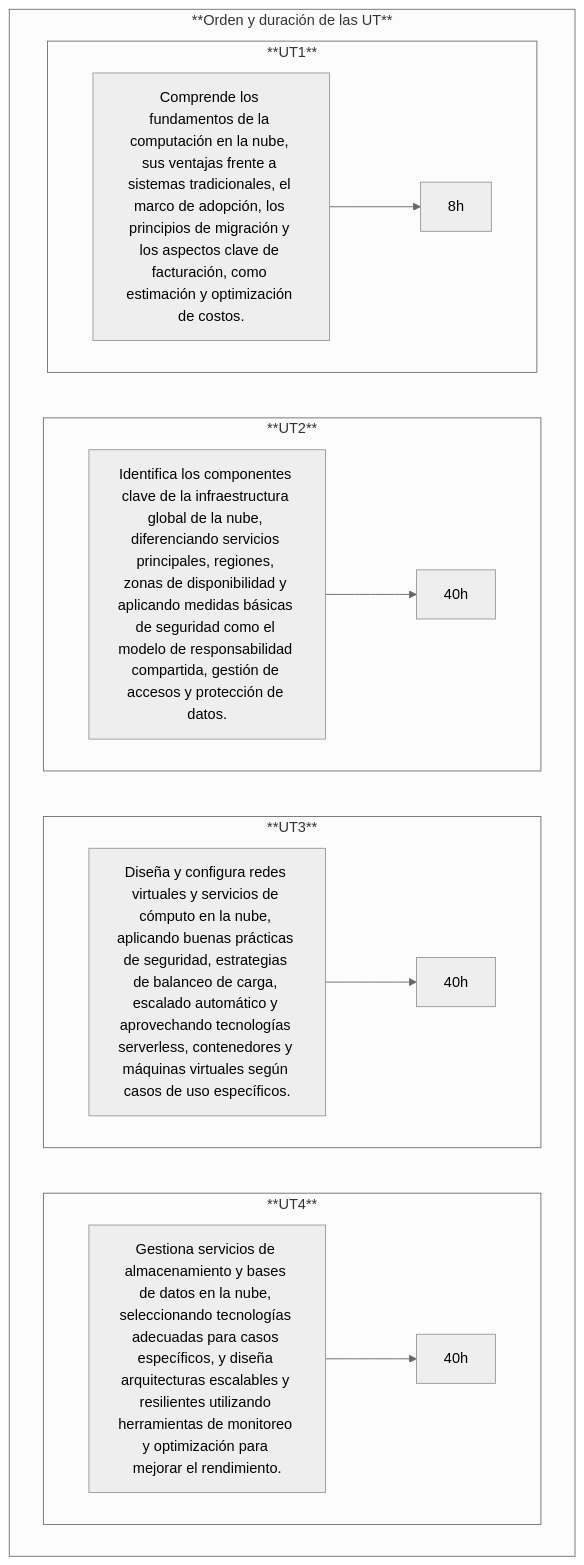
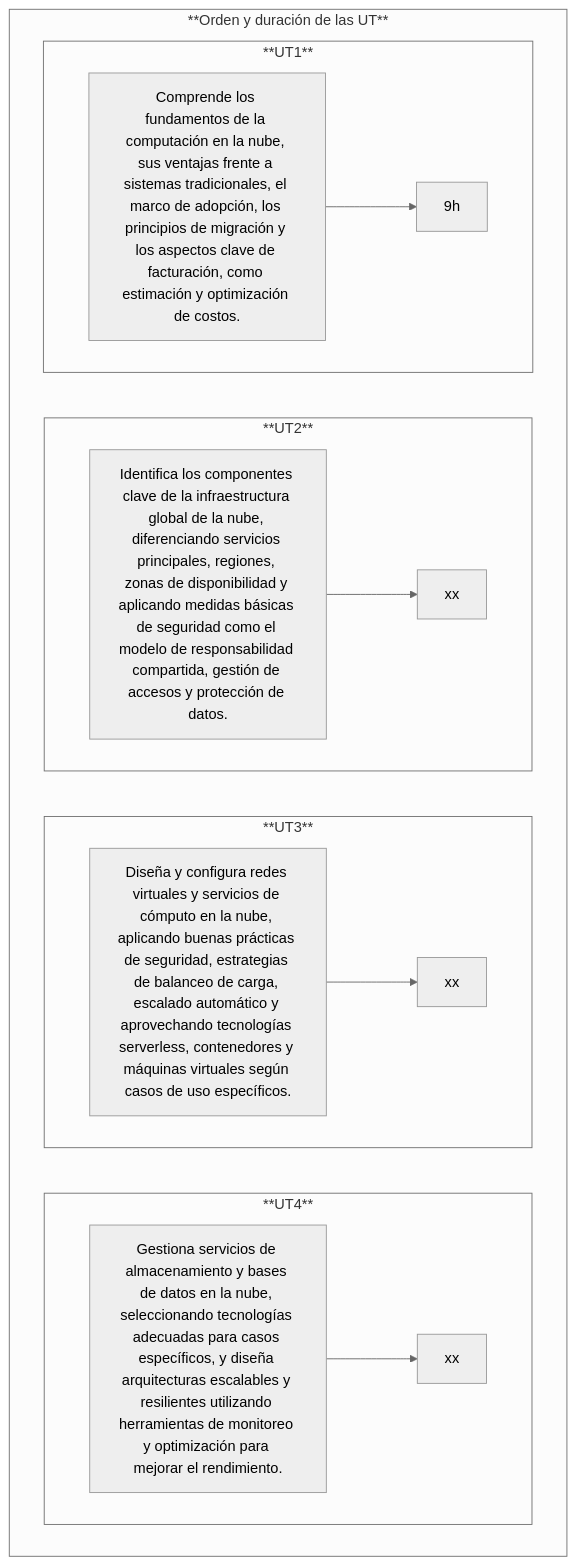
Before and after one commit to javieregeablasco/Apuntes: the diagram in docs/DAW/DAW_2/AWS/UT. 0-Temario.md, drawn with Mermaid (neutral theme). The commit also changed other lines of this file and 27 other files, not shown here.

````diff
--- a/docs/DAW/DAW_2/AWS/UT. 0-Temario.md
+++ b/docs/DAW/DAW_2/AWS/UT. 0-Temario.md
@@ -201,35 +200,35 @@
 ```mermaid
 flowchart TB 
   A["Comprende los fundamentos de la computación en la nube, sus ventajas frente a sistemas tradicionales, el marco de adopción, los principios de migración y los aspectos clave de facturación, como estimación y optimización de costos."]
   B["Identifica los componentes clave de la infraestructura global de la nube, diferenciando servicios principales, regiones, zonas de disponibilidad y aplicando medidas básicas de seguridad como el modelo de responsabilidad compartida, gestión de accesos y protección de datos."]
   C["Diseña y configura redes virtuales y servicios de cómputo en la nube, aplicando buenas prácticas de seguridad, estrategias de balanceo de carga, escalado automático y aprovechando tecnologías serverless, contenedores y máquinas virtuales según casos de uso específicos."]
   D["Gestiona servicios de almacenamiento y bases de datos en la nube, seleccionando tecnologías adecuadas para casos específicos, y diseña arquitecturas escalables y resilientes utilizando herramientas de monitoreo y optimización para mejorar el rendimiento."]
-  AA["8h"]
-  BB["40h"]
-  CC["40h"]
-  DD["40h"]
+  AA["9h"]
+  BB["xx"]
+  CC["xx"]
+  DD["xx"]
     
   subgraph **Orden y duración de las UT**
 
     subgraph **UT4**  
       direction LR
       D --> DD
     end
     
     subgraph **UT3**  
       direction LR
       C --> CC
     end
 
     subgraph **UT2** 
       direction LR
       B --> BB
     end  
 
     subgraph **UT1** 
       direction LR
       A --> AA
     end
 
   end
 ```
````
